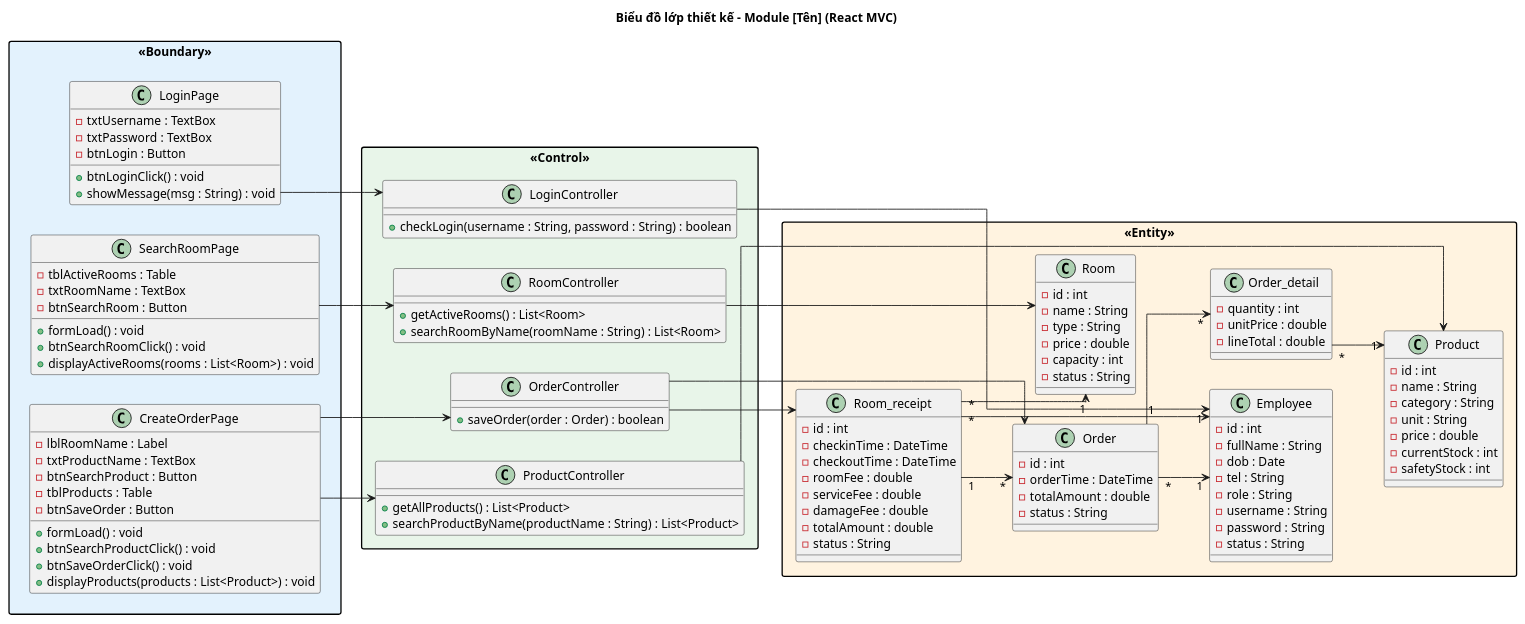
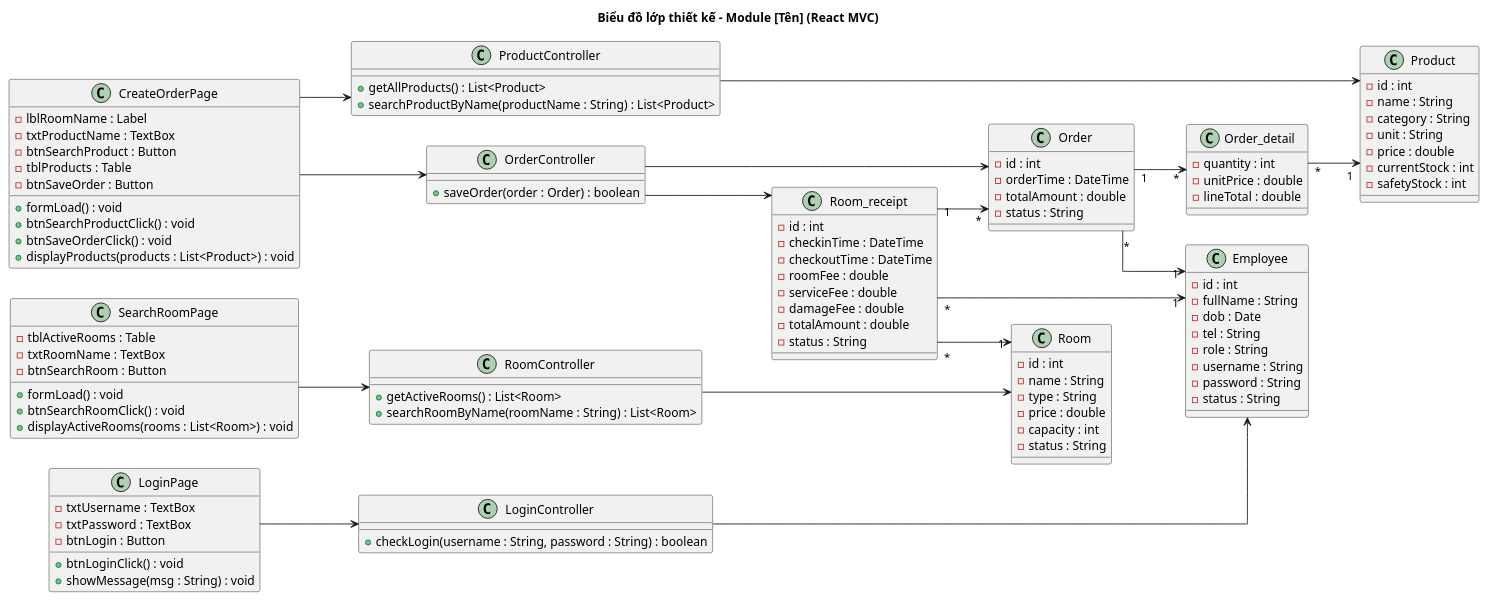
The second of 2 diagrams in .claude/skills/cnpm/references/iii.3.2_sodo_lop_thietke.md (thanhtrnnn/cnpm), drawn with PlantUML before and after one commit. The commit also changed other lines of this file and 5 other files, not shown here.

First line of the commit message:
feat: Dialog font, white boxes, no package colors in class diagrams

```diff
--- a/.claude/skills/cnpm/references/iii.3.2_sodo_lop_thietke.md
+++ b/.claude/skills/cnpm/references/iii.3.2_sodo_lop_thietke.md
@@ -187,103 +200,97 @@
 skinparam packageMaxWidth 800
 title Biểu đồ lớp thiết kế – Module [Tên] (React MVC)
 
-package "<<Boundary>>" #E3F2FD {
-  together {
-    class LoginPage {
-      -txtUsername : TextBox
-      -txtPassword : TextBox
-      -btnLogin : Button
-      +btnLoginClick() : void
-      +showMessage(msg : String) : void
-    }
-    class SearchRoomPage {
-      -tblActiveRooms : Table
-      -txtRoomName : TextBox
-      -btnSearchRoom : Button
-      +formLoad() : void
-      +btnSearchRoomClick() : void
-      +displayActiveRooms(rooms : List<Room>) : void
-    }
-    class CreateOrderPage {
-      -lblRoomName : Label
-      -txtProductName : TextBox
-      -btnSearchProduct : Button
-      -tblProducts : Table
-      -btnSaveOrder : Button
-      +formLoad() : void
-      +btnSearchProductClick() : void
-      +btnSaveOrderClick() : void
-      +displayProducts(products : List<Product>) : void
-    }
+together {
+  class LoginPage {
+    -txtUsername : TextBox
+    -txtPassword : TextBox
+    -btnLogin : Button
+    +btnLoginClick() : void
+    +showMessage(msg : String) : void
+  }
+  class SearchRoomPage {
+    -tblActiveRooms : Table
+    -txtRoomName : TextBox
+    -btnSearchRoom : Button
+    +formLoad() : void
+    +btnSearchRoomClick() : void
+    +displayActiveRooms(rooms : List<Room>) : void
+  }
+  class CreateOrderPage {
+    -lblRoomName : Label
+    -txtProductName : TextBox
+    -btnSearchProduct : Button
+    -tblProducts : Table
+    -btnSaveOrder : Button
+    +formLoad() : void
+    +btnSearchProductClick() : void
+    +btnSaveOrderClick() : void
+    +displayProducts(products : List<Product>) : void
   }
 }
 
-package "<<Control>>" #E8F5E9 {
-  class LoginController {
-    +checkLogin(username : String, password : String) : boolean
-  }
-  class RoomController {
-    +getActiveRooms() : List<Room>
-    +searchRoomByName(roomName : String) : List<Room>
-  }
-  class ProductController {
-    +getAllProducts() : List<Product>
-    +searchProductByName(productName : String) : List<Product>
-  }
-  class OrderController {
-    +saveOrder(order : Order) : boolean
-  }
+class LoginController {
+  +checkLogin(username : String, password : String) : boolean
+}
+class RoomController {
+  +getActiveRooms() : List<Room>
+  +searchRoomByName(roomName : String) : List<Room>
+}
+class ProductController {
+  +getAllProducts() : List<Product>
+  +searchProductByName(productName : String) : List<Product>
+}
+class OrderController {
+  +saveOrder(order : Order) : boolean
 }
 
-package "<<Entity>>" #FFF3E0 {
-  class Employee {
-    -id : int
-    -fullName : String
-    -dob : Date
-    -tel : String
-    -role : String
-    -username : String
-    -password : String
-    -status : String
-  }
-  class Room {
-    -id : int
-    -name : String
-    -type : String
-    -price : double
-    -capacity : int
-    -status : String
-  }
-  class Order {
-    -id : int
-    -orderTime : DateTime
-    -totalAmount : double
-    -status : String
-  }
-  class Product {
-    -id : int
-    -name : String
-    -category : String
-    -unit : String
-    -price : double
-    -currentStock : int
-    -safetyStock : int
-  }
-  class Room_receipt {
-    -id : int
-    -checkinTime : DateTime
-    -checkoutTime : DateTime
-    -roomFee : double
-    -serviceFee : double
-    -damageFee : double
-    -totalAmount : double
-    -status : String
-  }
-  class Order_detail {
-    -quantity : int
-    -unitPrice : double
-    -lineTotal : double
-  }
+class Employee {
+  -id : int
+  -fullName : String
+  -dob : Date
+  -tel : String
+  -role : String
+  -username : String
+  -password : String
+  -status : String
+}
+class Room {
+  -id : int
+  -name : String
+  -type : String
+  -price : double
+  -capacity : int
+  -status : String
+}
+class Order {
+  -id : int
+  -orderTime : DateTime
+  -totalAmount : double
+  -status : String
+}
+class Product {
+  -id : int
+  -name : String
+  -category : String
+  -unit : String
+  -price : double
+  -currentStock : int
+  -safetyStock : int
+}
+class Room_receipt {
+  -id : int
+  -checkinTime : DateTime
+  -checkoutTime : DateTime
+  -roomFee : double
+  -serviceFee : double
+  -damageFee : double
+  -totalAmount : double
+  -status : String
+}
+class Order_detail {
+  -quantity : int
+  -unitPrice : double
+  -lineTotal : double
 }
 
 ' Boundary -> Control
```
